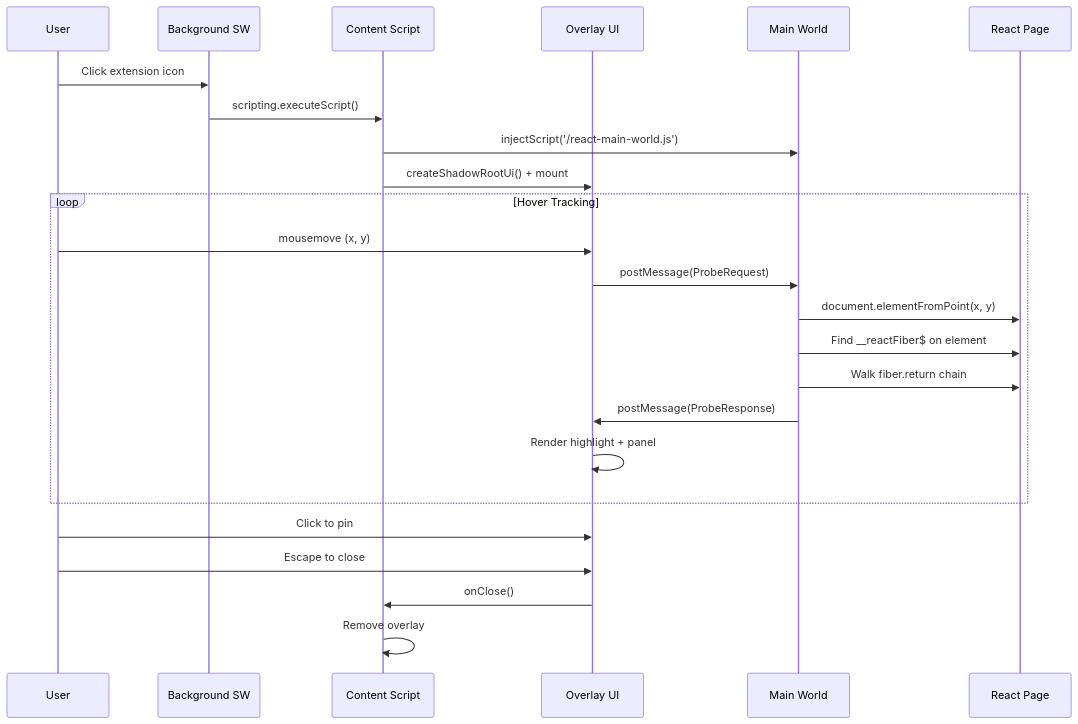
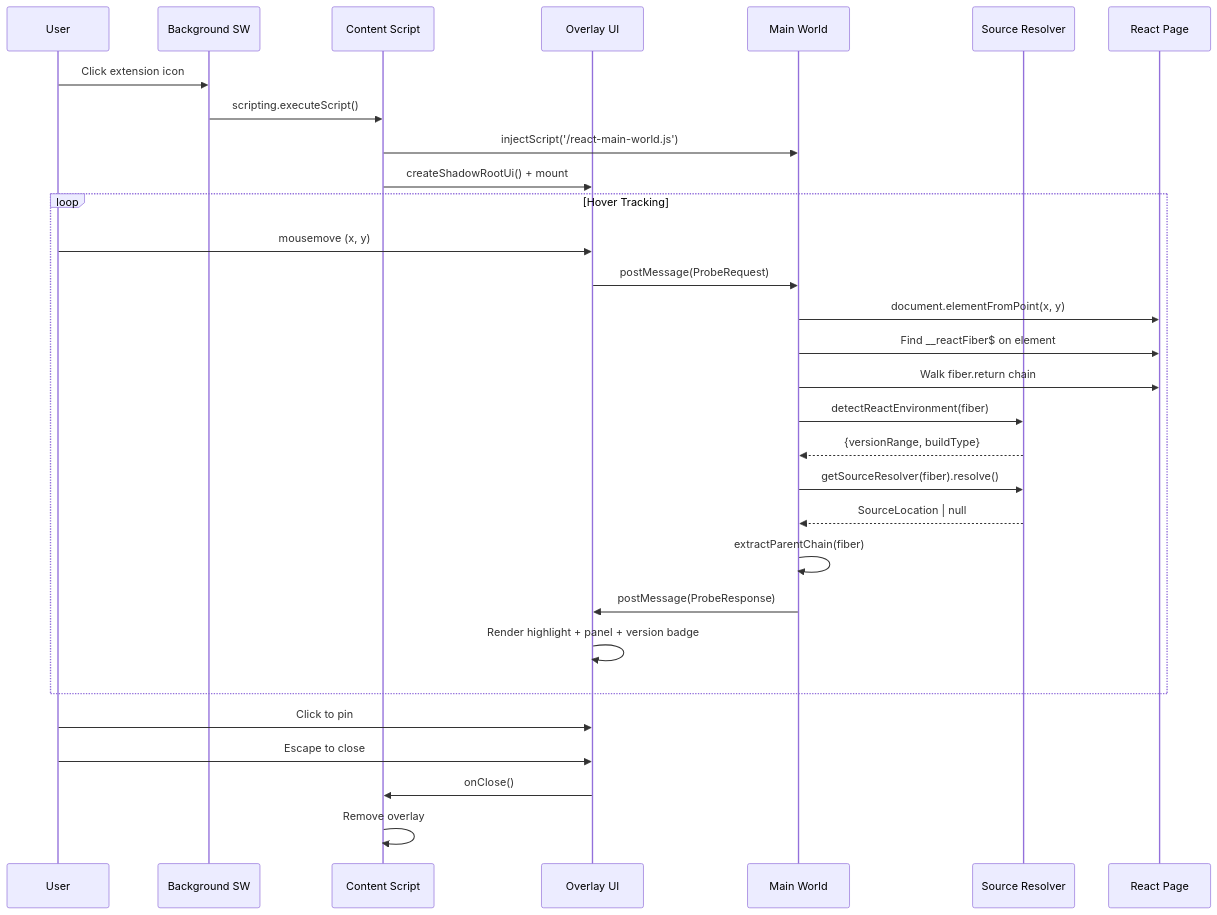
The second of 7 diagrams in docs/architecture.md (nabobery/WhoRenderedThis), drawn with Mermaid before and after one commit. The commit also changed other lines of this file and 11 other files, not shown here.

First line of the commit message:
feat: Enhance React version detection and source resolution capabilities

````diff
--- a/docs/architecture.md
+++ b/docs/architecture.md
@@ -63,29 +68,35 @@
 ```mermaid
 sequenceDiagram
     participant User
     participant BG as Background SW
     participant CS as Content Script
     participant UI as Overlay UI
     participant MW as Main World
+    participant SR as Source Resolver
     participant Page as React Page
 
     User->>BG: Click extension icon
     BG->>CS: scripting.executeScript()
     CS->>MW: injectScript('/react-main-world.js')
     CS->>UI: createShadowRootUi() + mount
 
     loop Hover Tracking
         User->>UI: mousemove (x, y)
         UI->>MW: postMessage(ProbeRequest)
         MW->>Page: document.elementFromPoint(x, y)
         MW->>Page: Find __reactFiber$ on element
         MW->>Page: Walk fiber.return chain
+        MW->>SR: detectReactEnvironment(fiber)
+        SR-->>MW: {versionRange, buildType}
+        MW->>SR: getSourceResolver(fiber).resolve()
+        SR-->>MW: SourceLocation | null
+        MW->>MW: extractParentChain(fiber)
         MW->>UI: postMessage(ProbeResponse)
-        UI->>UI: Render highlight + panel
+        UI->>UI: Render highlight + panel + version badge
     end
 
     User->>UI: Click to pin
     User->>UI: Escape to close
     UI->>CS: onClose()
     CS->>CS: Remove overlay
 ```
````
